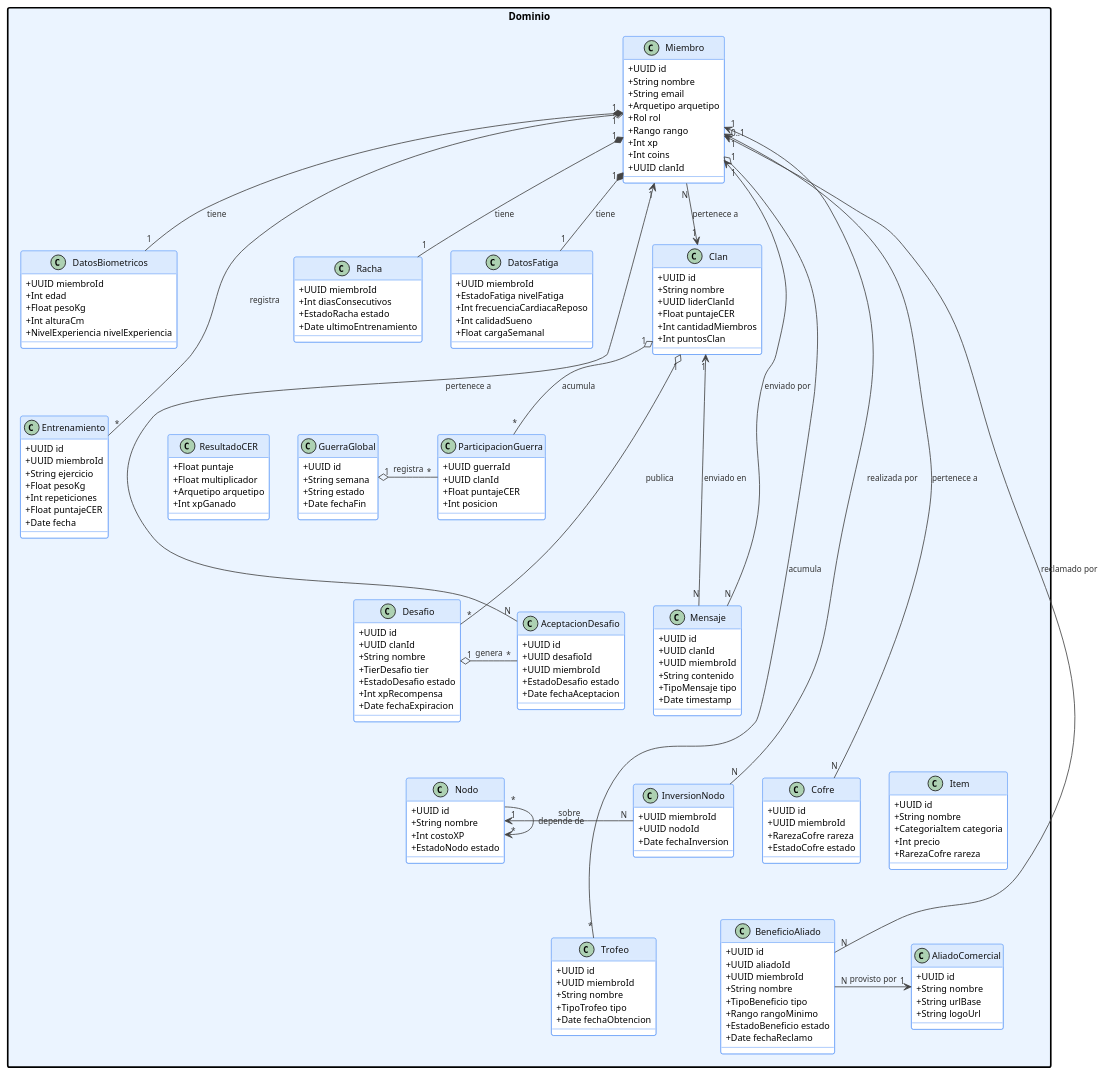
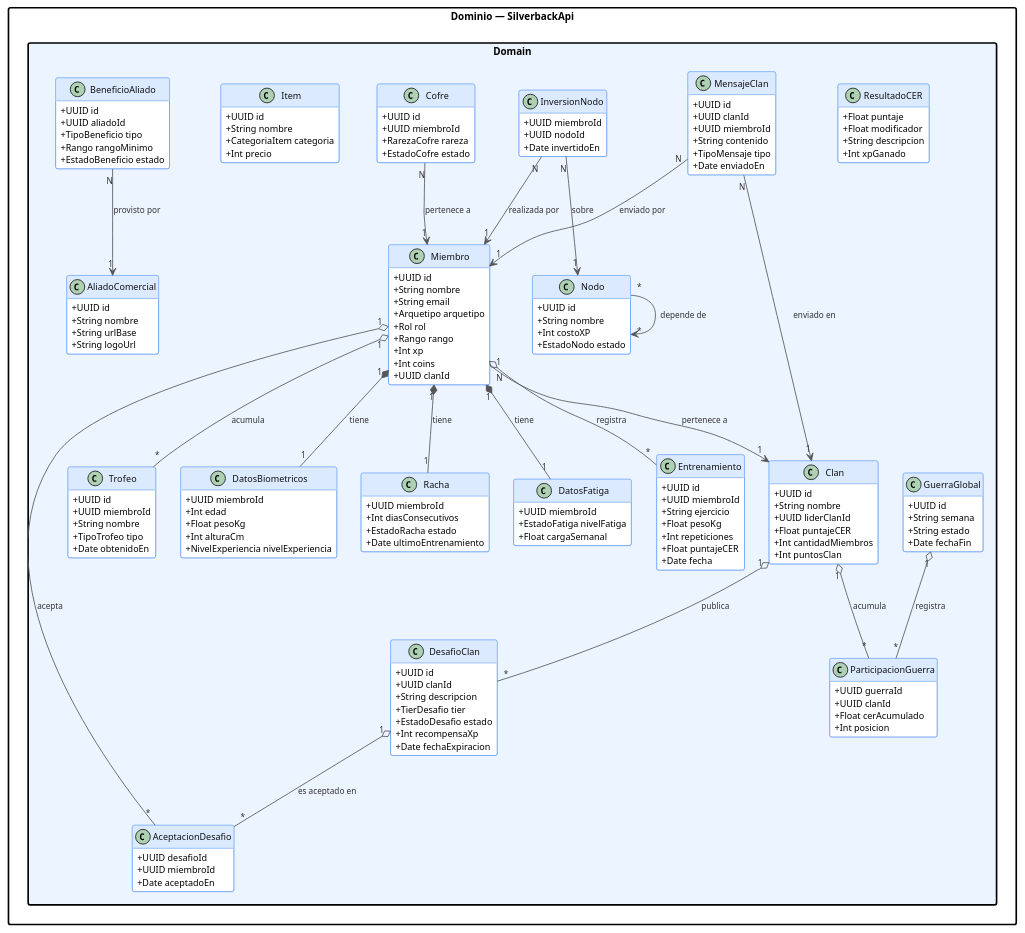
The diagram in silverback/docs/clases-dominio.md (nicolassepulveda13/SAP), drawn with PlantUML before and after one commit. The commit also changed other lines of this file and 9 other files, not shown here.

First line of the commit message:
docs: diagrama de clases en 5 capas (general + uno por capa) y colores claros en secuencias

````diff
--- a/silverback/docs/clases-dominio.md
+++ b/silverback/docs/clases-dominio.md
@@ -13,15 +15,19 @@
 skinparam packageStyle rectangle
 skinparam defaultFontName Arial
 skinparam defaultFontSize 11
+skinparam nodesep 30
+skinparam ranksep 70
+hide empty members
 
 skinparam class {
   BackgroundColor #FFFFFF
+  FontColor #111111
+
   BorderColor #3B82F6
   HeaderBackgroundColor #DBEAFE
-  FontColor #111111
 }
 skinparam arrow {
-  Color #444444
+  Color #555555
   FontColor #333333
   FontSize 10
 }
@@ -30,10 +36,7 @@
   FontStyle bold
   FontSize 12
 }
-
-package "Dominio" #EBF4FF {
-
-  ' ── Fila 1: Núcleo
+package "Dominio — SilverbackApi.Domain" #EBF4FF {
   class Miembro {
     +UUID id
     +String nombre
@@ -53,8 +56,6 @@
     +Int cantidadMiembros
     +Int puntosClan
   }
-
-  ' ── Fila 2: Perfil biométrico
   class DatosBiometricos {
     +UUID miembroId
     +Int edad
@@ -71,12 +72,8 @@
   class DatosFatiga {
     +UUID miembroId
     +EstadoFatiga nivelFatiga
-    +Int frecuenciaCardiacaReposo
-    +Int calidadSueno
     +Float cargaSemanal
   }
-
-  ' ── Fila 3: Arena
   class Entrenamiento {
     +UUID id
     +UUID miembroId
@@ -88,8 +85,8 @@
   }
   class ResultadoCER {
     +Float puntaje
-    +Float multiplicador
-    +Arquetipo arquetipo
+    +Float modificador
+    +String descripcion
     +Int xpGanado
   }
   class GuerraGlobal {
@@ -101,37 +98,31 @@
   class ParticipacionGuerra {
     +UUID guerraId
     +UUID clanId
-    +Float puntajeCER
+    +Float cerAcumulado
     +Int posicion
   }
-
-  ' ── Fila 4: Santuario
-  class Desafio {
+  class DesafioClan {
     +UUID id
     +UUID clanId
-    +String nombre
+    +String descripcion
     +TierDesafio tier
     +EstadoDesafio estado
-    +Int xpRecompensa
+    +Int recompensaXp
     +Date fechaExpiracion
   }
   class AceptacionDesafio {
-    +UUID id
     +UUID desafioId
     +UUID miembroId
-    +EstadoDesafio estado
-    +Date fechaAceptacion
+    +Date aceptadoEn
   }
-  class Mensaje {
+  class MensajeClan {
     +UUID id
     +UUID clanId
     +UUID miembroId
     +String contenido
     +TipoMensaje tipo
-    +Date timestamp
+    +Date enviadoEn
   }
-
-  ' ── Fila 5: Evolución
   class Nodo {
     +UUID id
     +String nombre
@@ -141,7 +132,7 @@
   class InversionNodo {
     +UUID miembroId
     +UUID nodoId
-    +Date fechaInversion
+    +Date invertidoEn
   }
   class Cofre {
     +UUID id
@@ -154,26 +145,20 @@
     +String nombre
     +CategoriaItem categoria
     +Int precio
-    +RarezaCofre rareza
   }
-
-  ' ── Fila 6: Perfil
   class Trofeo {
     +UUID id
     +UUID miembroId
     +String nombre
     +TipoTrofeo tipo
-    +Date fechaObtencion
+    +Date obtenidoEn
   }
   class BeneficioAliado {
     +UUID id
     +UUID aliadoId
-    +UUID miembroId
-    +String nombre
     +TipoBeneficio tipo
     +Rango rangoMinimo
     +EstadoBeneficio estado
-    +Date fechaReclamo
   }
   class AliadoComercial {
     +UUID id
@@ -181,29 +166,7 @@
     +String urlBase
     +String logoUrl
   }
-
-  ' ── Hidden links para grilla vertical ──────────────────
-  Miembro -[hidden]r- Clan
-  Miembro -[hidden]d- DatosBiometricos
-  DatosBiometricos -[hidden]r- Racha
-  Racha -[hidden]r- DatosFatiga
-  DatosBiometricos -[hidden]d- Entrenamiento
-  Entrenamiento -[hidden]r- ResultadoCER
-  ResultadoCER -[hidden]r- GuerraGlobal
-  GuerraGlobal -[hidden]r- ParticipacionGuerra
-  Entrenamiento -[hidden]d- Desafio
-  Desafio -[hidden]r- AceptacionDesafio
-  AceptacionDesafio -[hidden]r- Mensaje
-  Desafio -[hidden]d- Nodo
-  Nodo -[hidden]r- InversionNodo
-  InversionNodo -[hidden]r- Cofre
-  Cofre -[hidden]r- Item
-  Nodo -[hidden]d- Trofeo
-  Trofeo -[hidden]r- BeneficioAliado
-  BeneficioAliado -[hidden]r- AliadoComercial
 }
-
-' ─── Relaciones ───────────────────────────────────────────
 
 Miembro "N" --> "1" Clan : pertenece a
 Miembro "1" *-- "1" DatosBiometricos : tiene
@@ -211,23 +174,17 @@
 Miembro "1" *-- "1" DatosFatiga : tiene
 Miembro "1" o-- "*" Trofeo : acumula
 Miembro "1" o-- "*" Entrenamiento : registra
-
-Clan "1" o-- "*" Desafio : publica
+Clan "1" o-- "*" DesafioClan : publica
 Clan "1" o-- "*" ParticipacionGuerra : acumula
 GuerraGlobal "1" o-- "*" ParticipacionGuerra : registra
-
-Desafio "1" o-- "*" AceptacionDesafio : genera
-AceptacionDesafio "N" --> "1" Miembro : pertenece a
-Mensaje "N" --> "1" Clan : enviado en
-Mensaje "N" --> "1" Miembro : enviado por
-
+DesafioClan "1" o-- "*" AceptacionDesafio : es aceptado en
+Miembro "1" o-- "*" AceptacionDesafio : acepta
+MensajeClan "N" --> "1" Clan : enviado en
+MensajeClan "N" --> "1" Miembro : enviado por
 InversionNodo "N" --> "1" Miembro : realizada por
 InversionNodo "N" --> "1" Nodo : sobre
 Nodo "*" --> "*" Nodo : depende de
 Cofre "N" --> "1" Miembro : pertenece a
-
 BeneficioAliado "N" --> "1" AliadoComercial : provisto por
-BeneficioAliado "N" --> "0..1" Miembro : reclamado por
-
 @enduml
 ```
````
